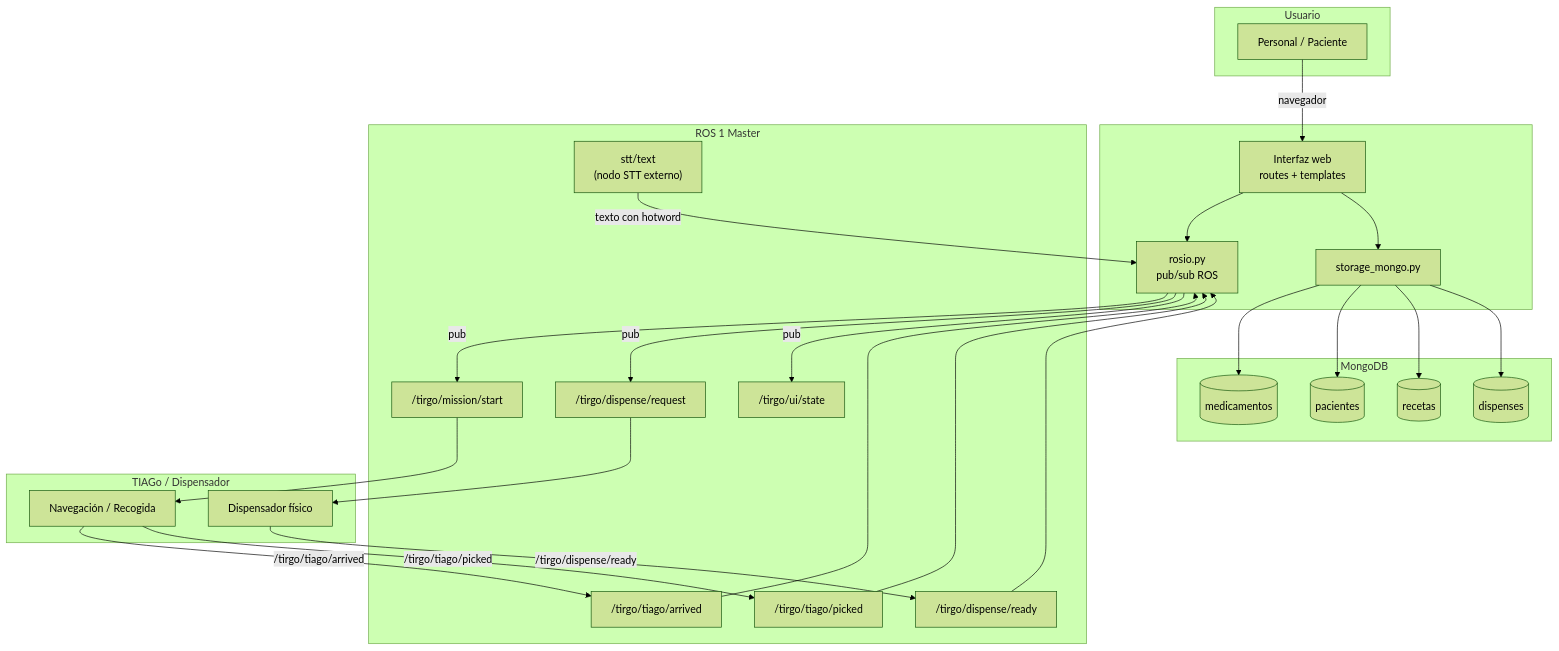
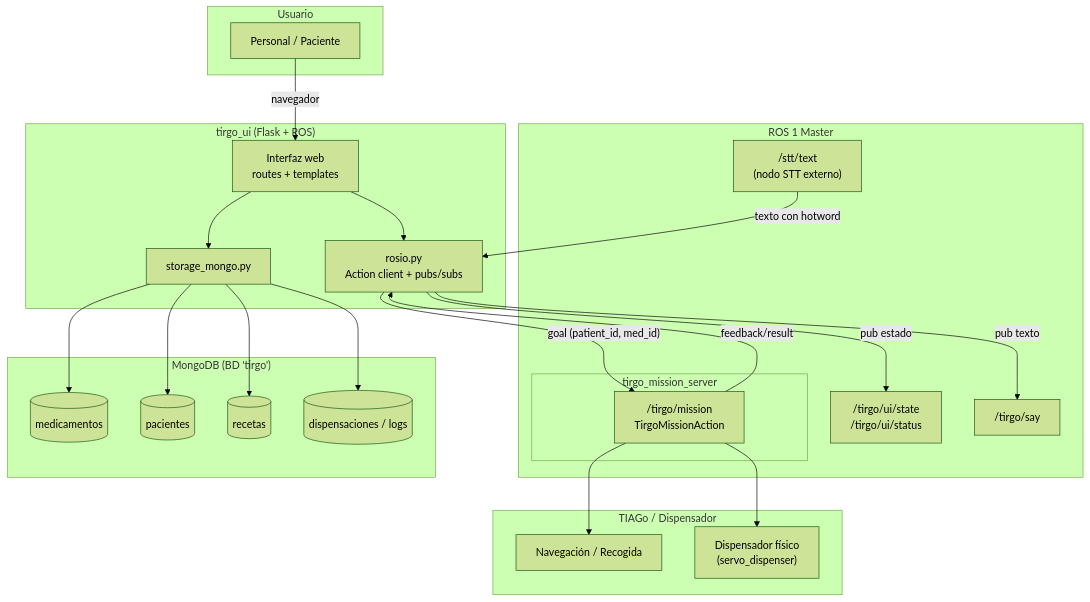
Before and after one commit to lucascampillode/TirGo: the diagram in carpeta_compartida/ros_ws/src/tirgo_ui/README.md, drawn with Mermaid (forest theme). The commit also changed other lines of this file, not shown here.

````diff
--- a/carpeta_compartida/ros_ws/src/tirgo_ui/README.md
+++ b/carpeta_compartida/ros_ws/src/tirgo_ui/README.md
@@ -49,43 +49,56 @@
 ```mermaid
 flowchart TB
- subgraph Usuario["Usuario"]
-        U["Personal / Paciente"]
+  subgraph Usuario["Usuario"]
+    U["Personal / Paciente"]
   end
- subgraph Web[" "]
-        UI["Interfaz web<br>routes + templates"]
-        ROSIO["rosio.py<br>pub/sub ROS"]
-        MONGOHELP["storage_mongo.py"]
+
+  subgraph Web["tirgo_ui (Flask + ROS)"]
+    UI["Interfaz web<br>routes + templates"]
+    ROSIO["rosio.py<br>Action client + pubs/subs"]
+    MONGOHELP["storage_mongo.py"]
   end
- subgraph ROS["ROS 1 Master"]
-        STT["stt/text<br>(nodo STT externo)"]
-        MISSION["/tirgo/mission/start"]
-        DISPREQ["/tirgo/dispense/request"]
-        UISTATE["/tirgo/ui/state"]
-        TIAGOARR["/tirgo/tiago/arrived"]
-        DISPREADY["/tirgo/dispense/ready"]
-        TIAGOPICKED["/tirgo/tiago/picked"]
+
+  subgraph ROS["ROS 1 Master"]
+    STT["/stt/text<br>(nodo STT externo)"]
+
+    subgraph MISSION["tirgo_mission_server"]
+      ACT["/tirgo/mission<br>TirgoMissionAction"]
+    end
+
+    UISTATE["/tirgo/ui/state<br>/tirgo/ui/status"]
+    SAY["/tirgo/say"]
   end
- subgraph Robot["TIAGo / Dispensador"]
-        RBT["Navegación / Recogida"]
-        DSP["Dispensador físico"]
+
+  subgraph Robot["TIAGo / Dispensador"]
+    RBT["Navegación / Recogida"]
+    DSP["Dispensador físico<br>(servo_dispenser)"]
   end
- subgraph DB["MongoDB"]
-        MEDS[("medicamentos")]
-        PAC[("pacientes")]
-        REC[("recetas")]
-        LOGS[("dispenses")]
+
+  subgraph DB["MongoDB (BD 'tirgo')"]
+    MEDS[("medicamentos")]
+    PAC[("pacientes")]
+    REC[("recetas")]
+    LOGS[("dispensaciones / logs")]
   end
-    U -- navegador --> UI
-    UI --> ROSIO & MONGOHELP
-    ROSIO -- pub --> MISSION & DISPREQ & UISTATE
-    MONGOHELP --> MEDS & PAC & REC & LOGS
-    STT -- texto con hotword --> ROSIO
-    MISSION --> RBT
-    DISPREQ --> DSP
-    RBT -- /tirgo/tiago/arrived --> TIAGOARR
-    RBT -- /tirgo/tiago/picked --> TIAGOPICKED
-    DSP -- /tirgo/dispense/ready --> DISPREADY
-    TIAGOARR --> ROSIO
-    TIAGOPICKED --> ROSIO
-    DISPREADY --> ROSIO
+
+  %% Flujo web
+  U -- navegador --> UI
+  UI --> ROSIO
+  UI --> MONGOHELP
+  MONGOHELP --> MEDS & PAC & REC & LOGS
+
+  %% Voz
+  STT -- texto con hotword --> ROSIO
+
+  %% Acción de misión
+  ROSIO -- goal (patient_id, med_id) --> ACT
+  ACT -- feedback/result --> ROSIO
+
+  %% Estado UI / voz robot
+  ROSIO -- pub estado --> UISTATE
+  ROSIO -- pub texto --> SAY
+
+  %% Backend misión (resumen)
+  ACT --> RBT
+  ACT --> DSP
 ```
````
